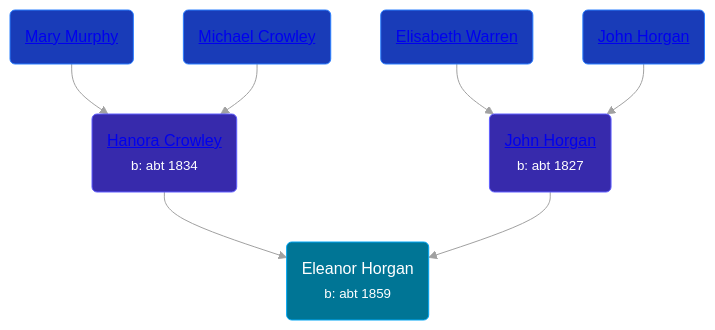
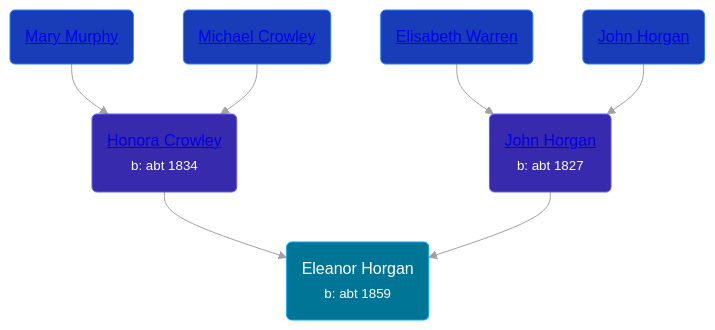
Before and after one commit to wpmgotkh/wpmgotkh.github.io: the diagram in pages/people/3/34125056.md, drawn with Mermaid. The commit also changed other lines of this file and 257 other files, not shown here.

````diff
--- a/pages/people/3/34125056.md
+++ b/pages/people/3/34125056.md
@@ -10,14 +10,14 @@
 ```mermaid
 graph
 classDef grands fill:#193cb8,stroke:#2b7fff,stroke-width:1px,color:#fff;
 classDef parents fill:#372aac,stroke:#615fff,stroke-width:1px,color:#fff;
 classDef primary fill:#007595,stroke:#00a6f4,stroke-width:1px,color:#fff;
 34125056(Eleanor Horgan<br /><small>b: abt 1859</small>):::primary
-72193795(<a class="text-white" href="/people/7/72193795">Hanora Crowley</a><br /><small>b: abt 1834</small>):::parents-->34125056
+72193795(<a class="text-white" href="/people/7/72193795">Honora Crowley</a><br /><small>b: abt 1834</small>):::parents-->34125056
 62618528(<a class="text-white" href="/people/6/62618528">Mary Murphy</a>):::grands-->72193795
 58336236(<a class="text-white" href="/people/5/58336236">Michael Crowley</a>):::grands-->72193795
 54161773(<a class="text-white" href="/people/5/54161773">John Horgan</a><br /><small>b: abt 1827</small>):::parents-->34125056
 68775768(<a class="text-white" href="/people/6/68775768">Elisabeth Warren</a>):::grands-->54161773
 42410084(<a class="text-white" href="/people/4/42410084">John Horgan</a>):::grands-->54161773
 linkStyle default stroke:#a1a1a1
 ```
````
